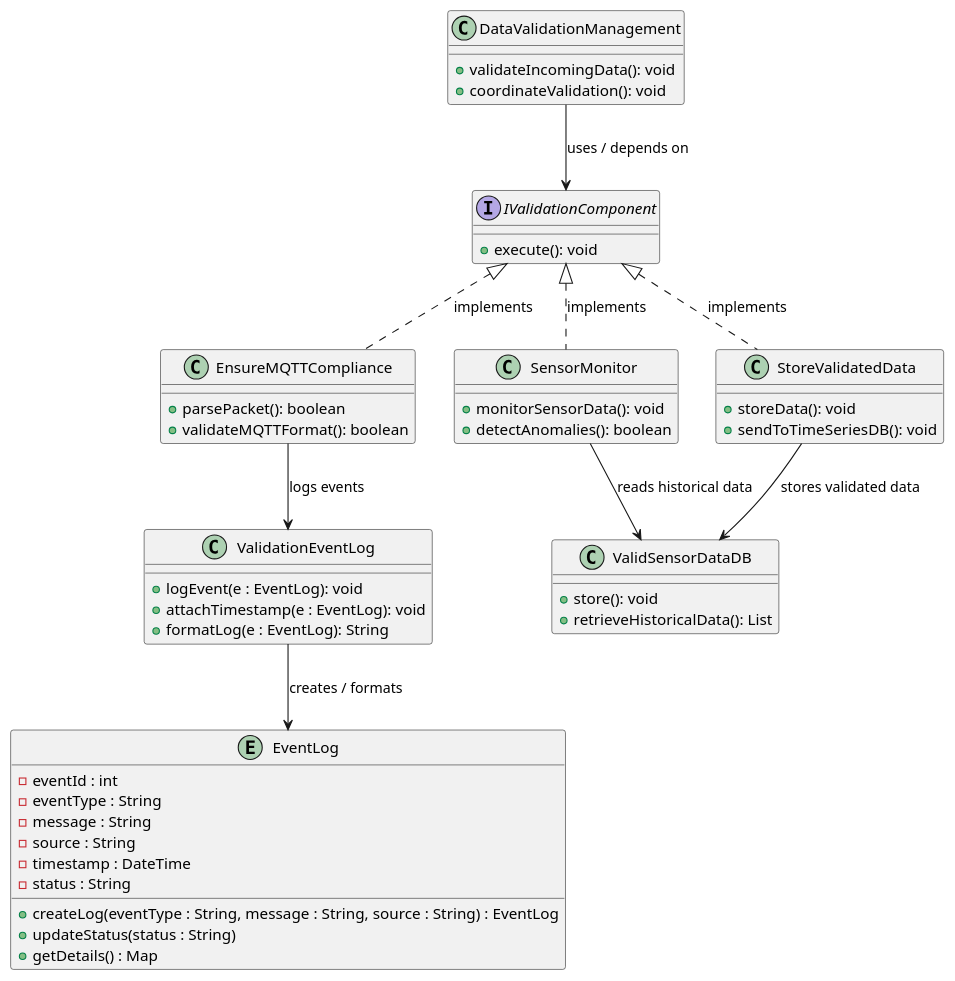
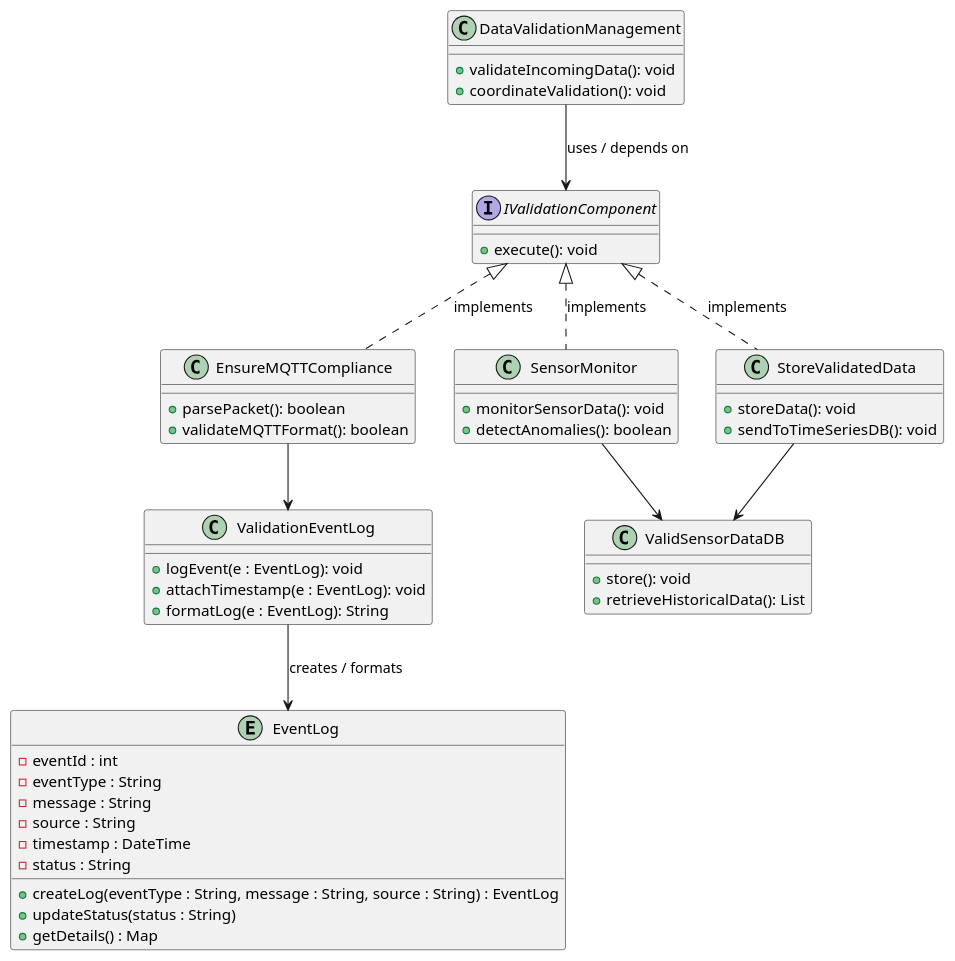
The diagram in docs/diagrams/plantuml/class/Data_valid_mgmntClass.puml (harmanpreet-sagar/sfwreng-3a04-group6-t01-scemas), drawn with PlantUML before and after one commit.

Commit message:
remove labels from connectors in class diagram

```diff
--- a/docs/diagrams/plantuml/class/Data_valid_mgmntClass.puml
+++ b/docs/diagrams/plantuml/class/Data_valid_mgmntClass.puml
@@ -1,88 +1,88 @@
 @startuml
 
 ' ========================
 ' Single Interface
 ' ========================
 
 interface IValidationComponent {
   + execute(): void
 }
 
 ' ========================
 ' Classes
 ' ========================
 
 class DataValidationManagement {
   + validateIncomingData(): void
   + coordinateValidation(): void
 }
 
 class EnsureMQTTCompliance {
   + parsePacket(): boolean
   + validateMQTTFormat(): boolean
 }
 
 class SensorMonitor {
   + monitorSensorData(): void
   + detectAnomalies(): boolean
 }
 
 class StoreValidatedData {
   + storeData(): void
   + sendToTimeSeriesDB(): void
 }
 
 class ValidationEventLog {
   + logEvent(e : EventLog): void
   + attachTimestamp(e : EventLog): void
   + formatLog(e : EventLog): String
 }
 
 class ValidSensorDataDB {
   + store(): void
   + retrieveHistoricalData(): List
 }
 
 ' ========================
 ' NEW ENTITY
 ' ========================
 
 entity EventLog {
   -eventId : int
   -eventType : String
   -message : String
   -source : String
   -timestamp : DateTime
   -status : String
   
   +createLog(eventType : String, message : String, source : String) : EventLog
   +updateStatus(status : String)
   +getDetails() : Map
 }
 
 ' ========================
 ' Interface Implementation
 ' ========================
 
 IValidationComponent <|.. EnsureMQTTCompliance : implements
 IValidationComponent <|.. SensorMonitor : implements
 IValidationComponent <|.. StoreValidatedData : implements
 
 ' ========================
 ' Controller depends on interface
 ' ========================
 
 DataValidationManagement --> IValidationComponent : uses / depends on
 
 ' ========================
 ' Relationships
 ' ========================
 
-EnsureMQTTCompliance --> ValidationEventLog : logs events
-SensorMonitor --> ValidSensorDataDB : reads historical data
-StoreValidatedData --> ValidSensorDataDB : stores validated data
+EnsureMQTTCompliance --> ValidationEventLog
+SensorMonitor --> ValidSensorDataDB
+StoreValidatedData --> ValidSensorDataDB
 
 ' NEW relationships for EventLog
 ValidationEventLog --> EventLog : creates / formats
 
 @enduml
```
